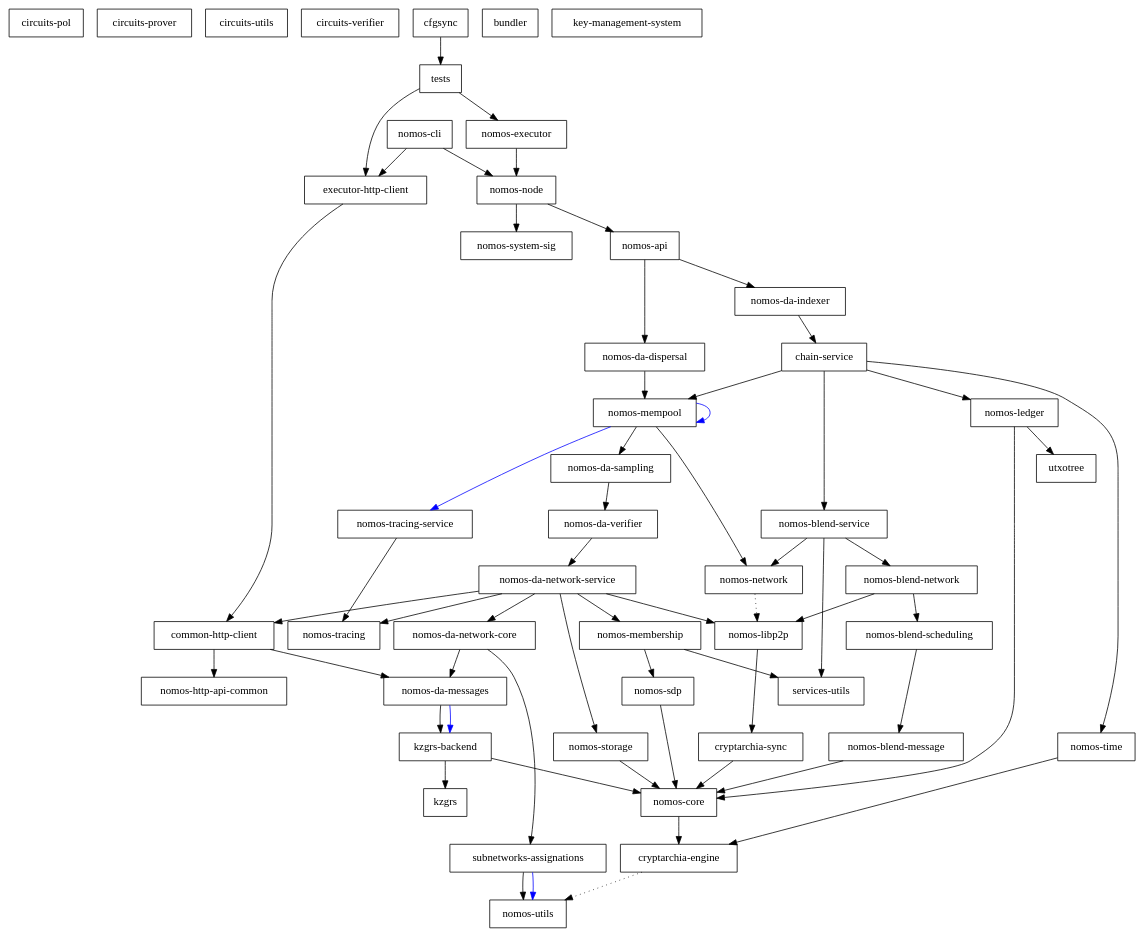
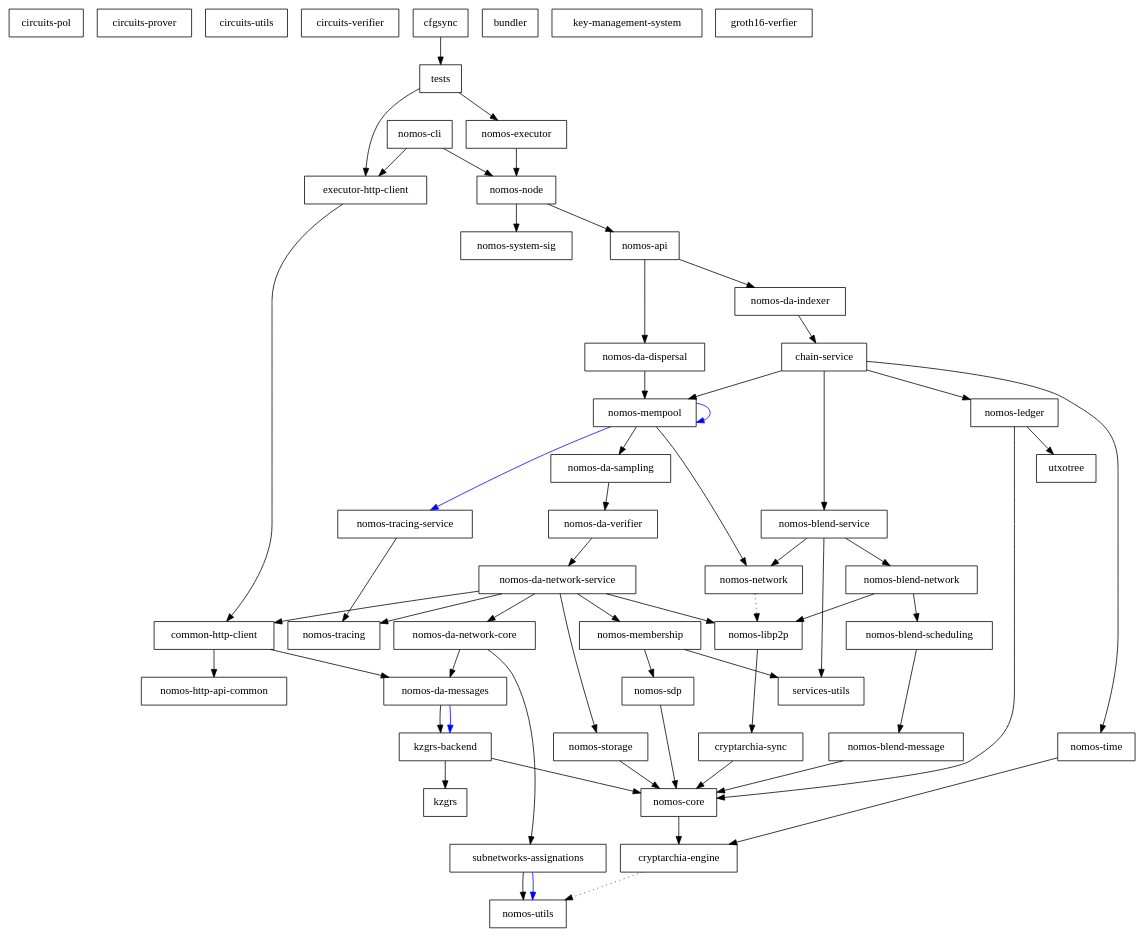
The diagram in dependencies_graph.dot (logos-co/nomos), drawn with Graphviz before and after one commit. The commit also changed 6 other files, not shown here.

```diff
--- a/dependencies_graph.dot
+++ b/dependencies_graph.dot
@@ -1,108 +1,109 @@
 digraph {
     0 [ label = "circuits-pol" shape = box]
     1 [ label = "circuits-prover" shape = box]
     2 [ label = "circuits-utils" shape = box]
     3 [ label = "circuits-verifier" shape = box]
     4 [ label = "cryptarchia-engine" shape = box]
     5 [ label = "nomos-utils" shape = box]
     6 [ label = "cryptarchia-sync" shape = box]
     7 [ label = "nomos-core" shape = box]
     8 [ label = "nomos-ledger" shape = box]
     9 [ label = "utxotree" shape = box]
     10 [ label = "nomos-http-api-common" shape = box]
     11 [ label = "nomos-executor" shape = box]
     12 [ label = "kzgrs-backend" shape = box]
     13 [ label = "kzgrs" shape = box]
     14 [ label = "nomos-api" shape = box]
     15 [ label = "chain-service" shape = box]
     16 [ label = "nomos-blend-service" shape = box]
     17 [ label = "nomos-blend-message" shape = box]
     18 [ label = "nomos-blend-network" shape = box]
     19 [ label = "nomos-blend-scheduling" shape = box]
     20 [ label = "nomos-libp2p" shape = box]
     21 [ label = "nomos-network" shape = box]
     22 [ label = "services-utils" shape = box]
     23 [ label = "nomos-da-sampling" shape = box]
     24 [ label = "nomos-da-network-core" shape = box]
     25 [ label = "nomos-da-messages" shape = box]
     26 [ label = "subnetworks-assignations" shape = box]
     27 [ label = "nomos-da-network-service" shape = box]
     28 [ label = "common-http-client" shape = box]
     29 [ label = "nomos-membership" shape = box]
     30 [ label = "nomos-sdp" shape = box]
     31 [ label = "nomos-storage" shape = box]
     32 [ label = "nomos-tracing" shape = box]
     33 [ label = "nomos-da-verifier" shape = box]
     34 [ label = "nomos-mempool" shape = box]
     35 [ label = "nomos-tracing-service" shape = box]
     36 [ label = "nomos-time" shape = box]
     37 [ label = "nomos-da-dispersal" shape = box]
     38 [ label = "nomos-da-indexer" shape = box]
     39 [ label = "nomos-node" shape = box]
     40 [ label = "nomos-system-sig" shape = box]
     41 [ label = "executor-http-client" shape = box]
     42 [ label = "bundler" shape = box]
     43 [ label = "nomos-cli" shape = box]
     44 [ label = "key-management-system" shape = box]
     45 [ label = "cfgsync" shape = box]
     46 [ label = "tests" shape = box]
+    47 [ label = "groth16-verfier" shape = box]
     4 -> 5 [ style = dotted]
     6 -> 7 [ ]
     7 -> 4 [ ]
     8 -> 7 [ ]
     8 -> 9 [ ]
     11 -> 39 [ ]
     12 -> 13 [ ]
     12 -> 7 [ ]
     14 -> 37 [ ]
     14 -> 38 [ ]
     15 -> 16 [ ]
     15 -> 8 [ ]
     15 -> 34 [ ]
     15 -> 36 [ ]
     16 -> 18 [ ]
     16 -> 21 [ ]
     16 -> 22 [ ]
     17 -> 7 [ ]
     18 -> 19 [ ]
     18 -> 20 [ ]
     19 -> 17 [ ]
     20 -> 6 [ ]
     21 -> 20 [ style = dotted]
     23 -> 33 [ ]
     24 -> 25 [ ]
     24 -> 26 [ ]
     25 -> 12 [ ]
     25 -> 12 [ color = blue]
     26 -> 5 [ ]
     26 -> 5 [ color = blue]
     27 -> 28 [ ]
     27 -> 24 [ ]
     27 -> 20 [ ]
     27 -> 29 [ ]
     27 -> 31 [ ]
     27 -> 32 [ ]
     28 -> 25 [ ]
     28 -> 10 [ ]
     29 -> 30 [ ]
     29 -> 22 [ ]
     30 -> 7 [ ]
     31 -> 7 [ ]
     33 -> 27 [ ]
     34 -> 23 [ ]
     34 -> 34 [ color = blue]
     34 -> 21 [ ]
     34 -> 35 [ color = blue]
     35 -> 32 [ ]
     36 -> 4 [ ]
     37 -> 34 [ ]
     38 -> 15 [ ]
     39 -> 14 [ ]
     39 -> 40 [ ]
     41 -> 28 [ ]
     43 -> 41 [ ]
     43 -> 39 [ ]
     45 -> 46 [ ]
     46 -> 41 [ ]
     46 -> 11 [ ]
 }
```
